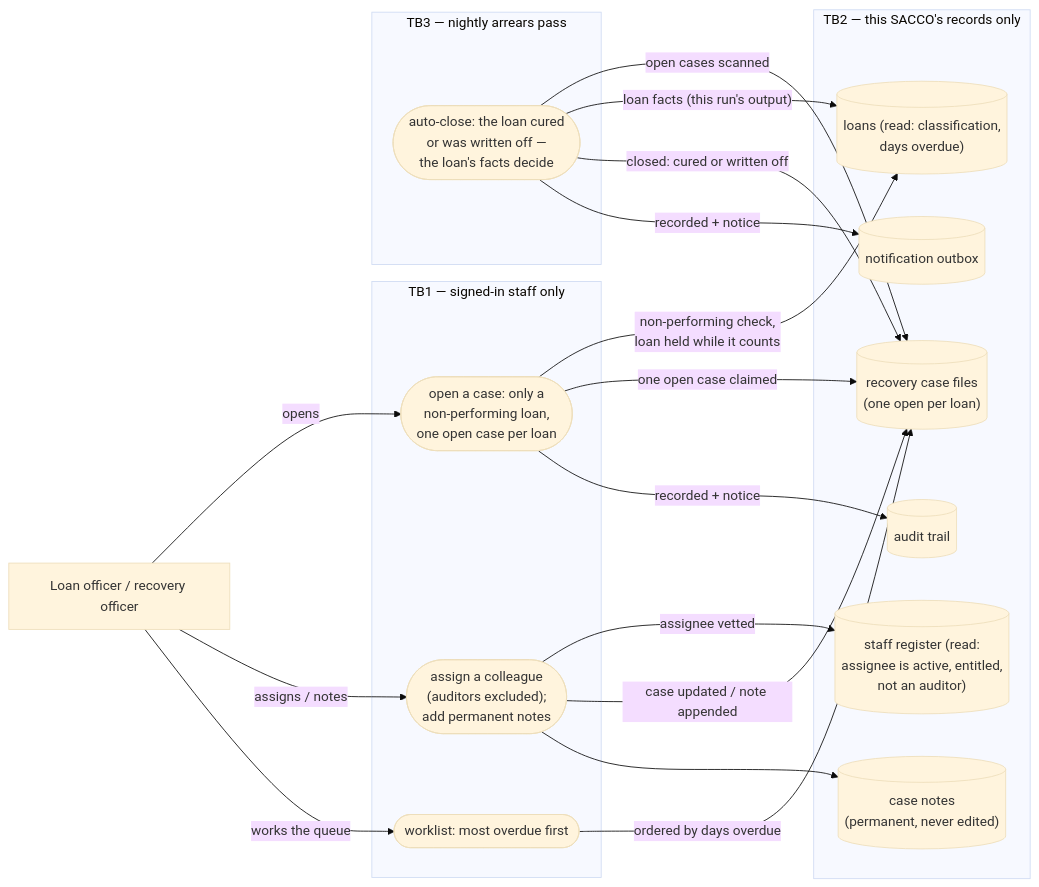
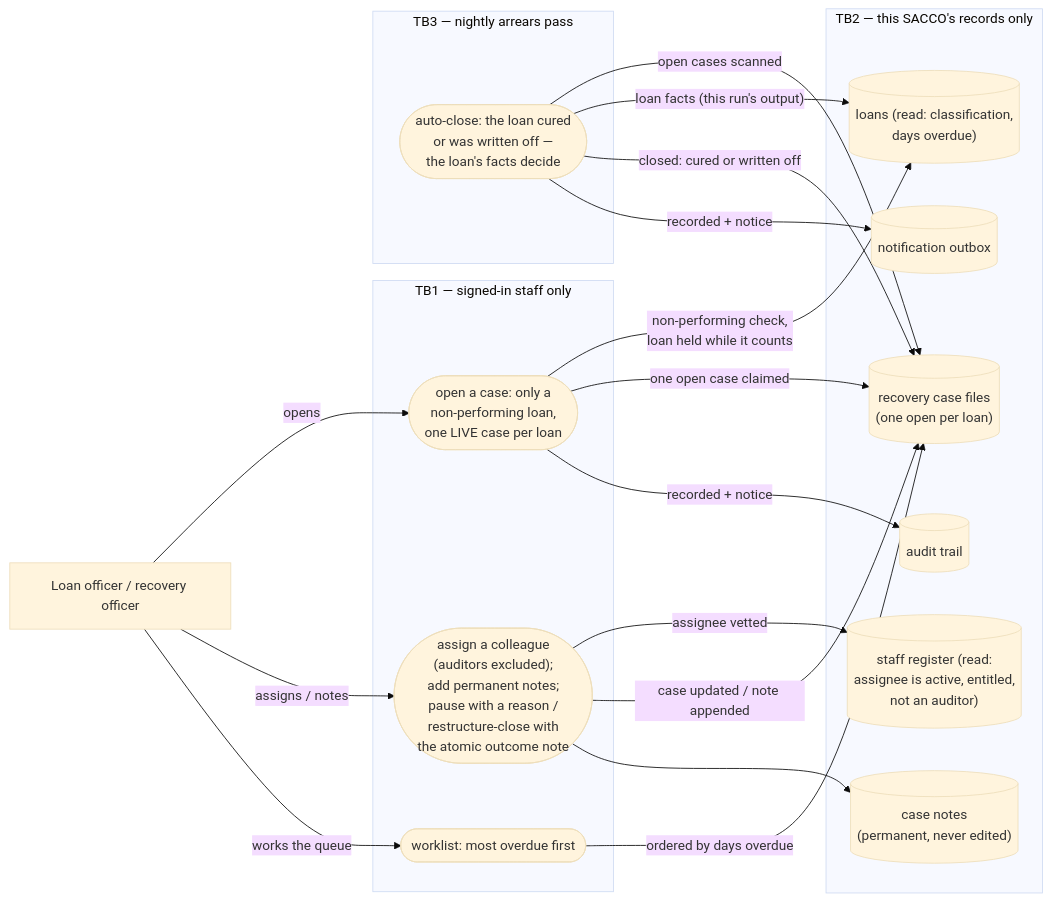
Diagram 15 of 15 in docs/diagrams/dfd.md (Benson-Kim/genesis-sacco), drawn with Mermaid (base theme) before and after one commit. The commit also changed other lines of this file and 6 other files, not shown here.

First line of the commit message:
docs(diagrams): flip !53/!54 INCOMING markers as-built — dispositions, outcome note, 0034 (rule 11)

````diff
--- a/docs/diagrams/dfd.md
+++ b/docs/diagrams/dfd.md
@@ -845,36 +849,36 @@
 ```mermaid
 flowchart LR
     %% P-DIAG.3 F14 — reconciled to main @ 8f46aa54250ff1a066af423924f3eb54a9c72fb7
     RCS_E1["Loan officer / recovery officer"]
     subgraph TB1["TB1 — signed-in staff only"]
-        RCS_P1(["open a case: only a<br/>non-performing loan,<br/>one open case per loan"])
-        RCS_P2(["assign a colleague<br/>(auditors excluded);<br/>add permanent notes"])
+        RCS_P1(["open a case: only a<br/>non-performing loan,<br/>one LIVE case per loan"])
+        RCS_P2(["assign a colleague<br/>(auditors excluded);<br/>add permanent notes;<br/>pause with a reason /<br/>restructure-close with<br/>the atomic outcome note"])
         RCS_P3(["worklist: most overdue first"])
     end
     subgraph TB3["TB3 — nightly arrears pass"]
         RCS_P4(["auto-close: the loan cured<br/>or was written off —<br/>the loan's facts decide"])
     end
     subgraph TB2["TB2 — this SACCO's records only"]
         RCS_S1[("recovery case files<br/>(one open per loan)")]
         RCS_S2[("case notes<br/>(permanent, never edited)")]
         RCS_S3[("loans (read: classification,<br/>days overdue)")]
         RCS_S4[("staff register (read:<br/>assignee is active, entitled,<br/>not an auditor)")]
         RCS_S5[("audit trail")]
         RCS_S6[("notification outbox")]
     end
 
     RCS_E1 -->|"opens"| RCS_P1
     RCS_P1 -->|"non-performing check,<br/>loan held while it counts"| RCS_S3
     RCS_P1 -->|"one open case claimed"| RCS_S1
     RCS_E1 -->|"assigns / notes"| RCS_P2
     RCS_P2 -->|"assignee vetted"| RCS_S4
     RCS_P2 -->|"case updated / note appended"| RCS_S1
     RCS_P2 --> RCS_S2
     RCS_E1 -->|"works the queue"| RCS_P3
     RCS_P3 -->|"ordered by days overdue"| RCS_S1
     RCS_P4 -->|"open cases scanned"| RCS_S1
     RCS_P4 -->|"loan facts (this run's output)"| RCS_S3
     RCS_P4 -->|"closed: cured or written off"| RCS_S1
     RCS_P1 -->|"recorded + notice"| RCS_S5
     RCS_P4 -->|"recorded + notice"| RCS_S6
 ```
````
